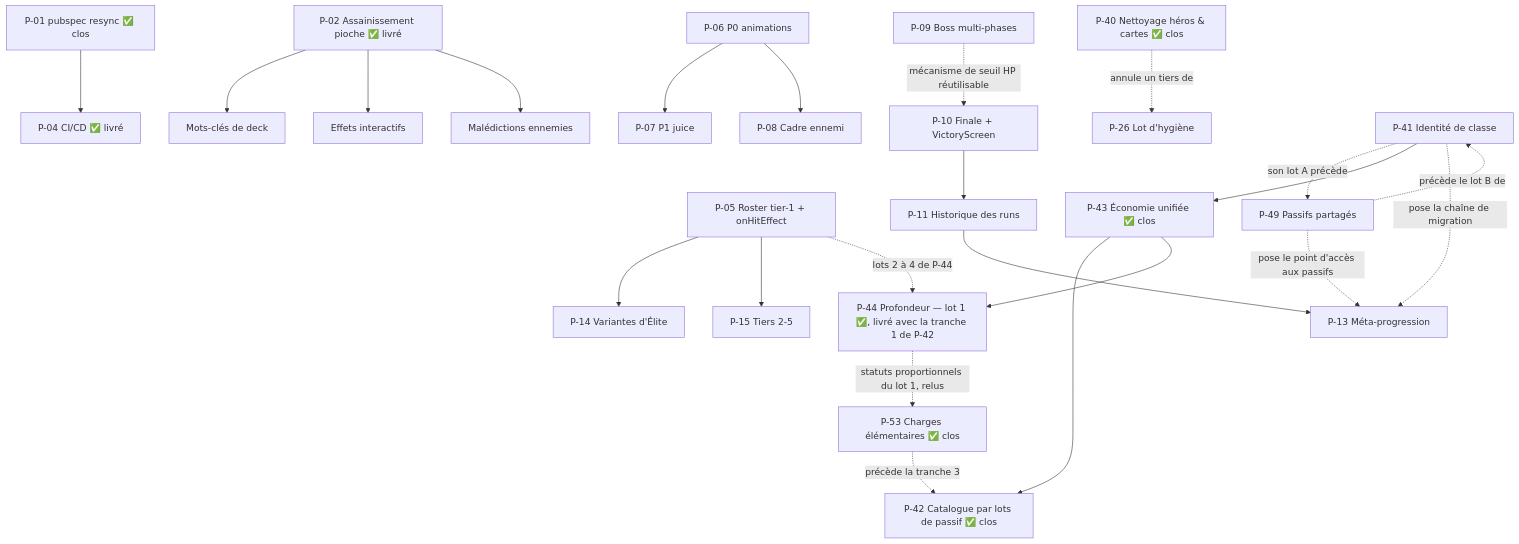
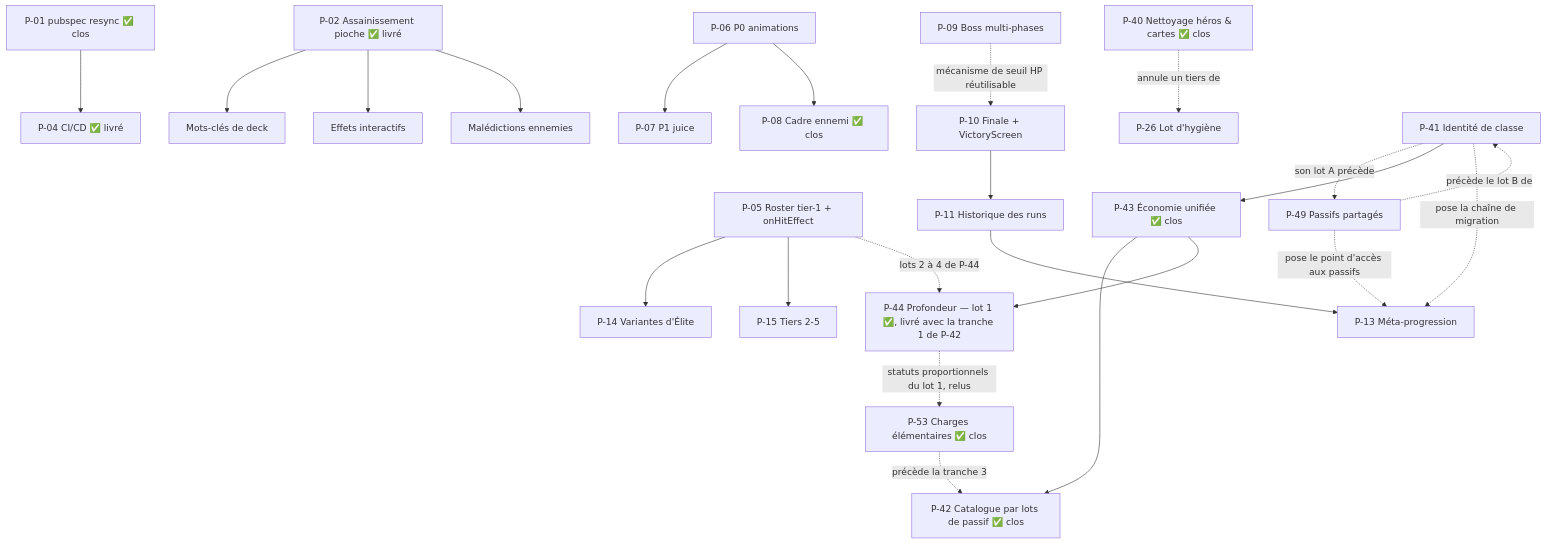
The second of 3 diagrams in docs/ROADMAP.md (Hex-Umbra/hero-s-draft), drawn with Mermaid before and after one commit. The commit also changed other lines of this file and 21 other files, not shown here.

````diff
--- a/docs/ROADMAP.md
+++ b/docs/ROADMAP.md
@@ -57,25 +57,25 @@
 ```mermaid
 graph TD
     P01["P-01 pubspec resync ✅ clos"] --> P04["P-04 CI/CD ✅ livré"]
     P02["P-02 Assainissement pioche ✅ livré"] --> B18[Mots-clés de deck]
     P02 --> B19[Effets interactifs]
     P02 --> B20[Malédictions ennemies]
     P05[P-05 Roster tier-1 + onHitEffect] --> P14[P-14 Variantes d'Élite]
     P05 --> P15[P-15 Tiers 2-5]
     P06[P-06 P0 animations] --> P07[P-07 P1 juice]
-    P06 --> P08[P-08 Cadre ennemi]
+    P06 --> P08["P-08 Cadre ennemi ✅ clos"]
     P10[P-10 Finale + VictoryScreen] --> P11[P-11 Historique des runs]
     P11 --> P13[P-13 Méta-progression]
     P09[P-09 Boss multi-phases] -.mécanisme de seuil HP réutilisable.-> P10
     P40["P-40 Nettoyage héros & cartes ✅ clos"] -.annule un tiers de.-> P26[P-26 Lot d'hygiène]
     P41[P-41 Identité de classe] -.son lot A précède.-> P49[P-49 Passifs partagés]
     P49 -.précède le lot B de.-> P41
     P41 --> P43["P-43 Économie unifiée ✅ clos"]
     P43 --> P42["P-42 Catalogue par lots de passif ✅ clos"]
     P43 --> P44["P-44 Profondeur — lot 1 ✅, livré avec la tranche 1 de P-42"]
     P44 -.statuts proportionnels du lot 1, relus.-> P53["P-53 Charges élémentaires ✅ clos"]
     P53 -.précède la tranche 3.-> P42
     P05 -.lots 2 à 4 de P-44.-> P44
     P49 -.pose le point d'accès aux passifs.-> P13
     P41 -.pose la chaîne de migration.-> P13
 ```
````
